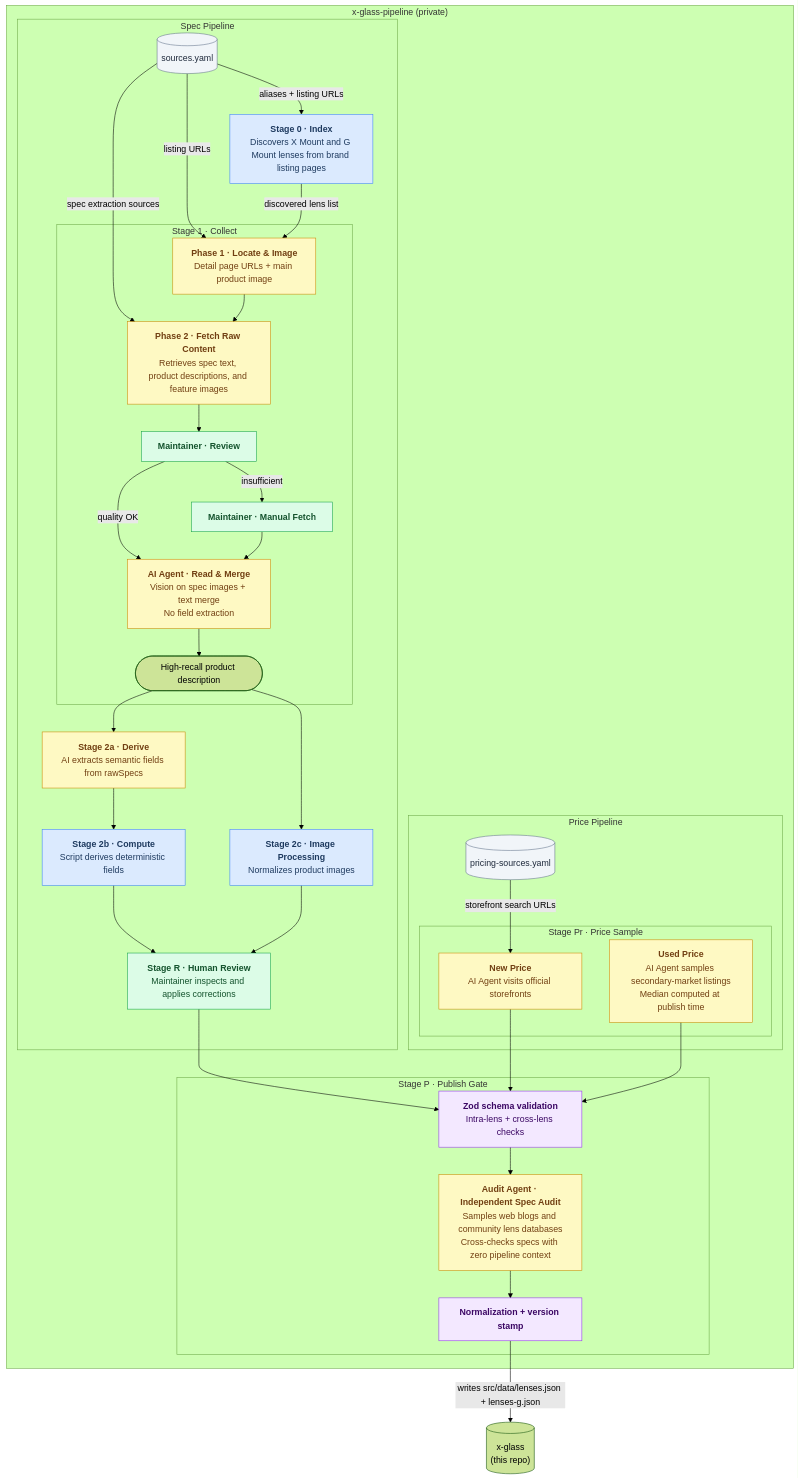
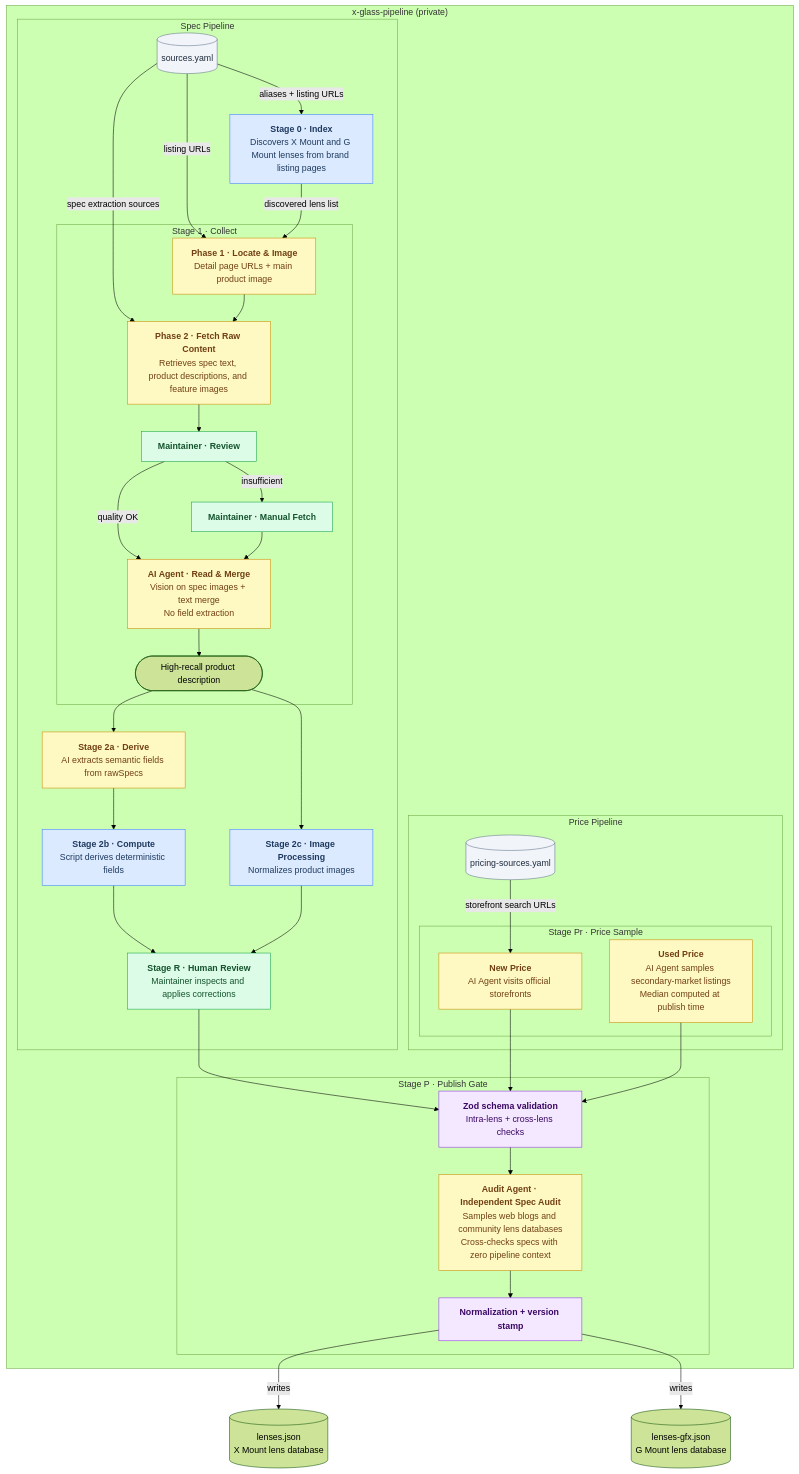
Before and after one commit to sentacraft/atlens: the diagram in README.md, drawn with Mermaid (forest theme). The commit also changed other lines of this file and 5 other files, not shown here.

Commit message:
refactor(data): rename lenses-g.json → lenses-gfx.json, split pipeline diagram nodes (#175)

````diff
--- a/README.md
+++ b/README.md
@@ -61,73 +61,74 @@
 ```mermaid
 flowchart TD
   subgraph pipeline["x-glass-pipeline (private)"]
 
     subgraph spec["Spec Pipeline"]
       SOURCES[("sources.yaml")]
 
       S0["<b>Stage 0 · Index</b><br/>Discovers X Mount and G Mount lenses from brand listing pages"]
 
       subgraph s1["Stage 1 · Collect"]
         S1p1["<b>Phase 1 · Locate & Image</b><br/>Detail page URLs + main product image"]
         S1p2["<b>Phase 2 · Fetch Raw Content</b><br/>Retrieves spec text, product descriptions, and feature images"]
         S1r["<b>Maintainer · Review</b>"]
         S1h["<b>Maintainer · Manual Fetch</b>"]
         S1b["<b>AI Agent · Read & Merge</b><br/>Vision on spec images + text merge<br/>No field extraction"]
         S1out(["High-recall product description"])
       end
 
       S2a["<b>Stage 2a · Derive</b><br/>AI extracts semantic fields from rawSpecs"]
       S2b["<b>Stage 2b · Compute</b><br/>Script derives deterministic fields"]
       S2c["<b>Stage 2c · Image Processing</b><br/>Normalizes product images"]
       SR["<b>Stage R · Human Review</b><br/>Maintainer inspects and applies corrections"]
     end
 
     subgraph price["Price Pipeline"]
       PRICING_SOURCES[("pricing-sources.yaml")]
 
       subgraph spr["Stage Pr · Price Sample"]
         SPrNew["<b>New Price</b><br/>AI Agent visits official storefronts"]
         SPrUsed["<b>Used Price</b><br/>AI Agent samples secondary-market listings<br/>Median computed at publish time"]
       end
     end
 
     subgraph sp["Stage P · Publish Gate"]
       SP1["<b>Zod schema validation</b><br/>Intra-lens + cross-lens checks"]
       SP_AUDIT["<b>Audit Agent · Independent Spec Audit</b><br/>Samples web blogs and community lens databases<br/>Cross-checks specs with zero pipeline context"]
       SP2["<b>Normalization + version stamp</b>"]
     end
   end
 
   SOURCES -->|"aliases + listing URLs"| S0
   SOURCES -->|"listing URLs"| S1p1
   SOURCES -->|"spec extraction sources"| S1p2
   S0 -->|"discovered lens list"| S1p1
   S1p1 --> S1p2
   S1p2 --> S1r
   S1r -->|"quality OK"| S1b
   S1r -->|"insufficient"| S1h
   S1h --> S1b
   S1b --> S1out
   S1out --> S2a & S2c
   S2a --> S2b
   S2b & S2c --> SR
   SR --> SP1
   PRICING_SOURCES -->|"storefront search URLs"| SPrNew
   SPrUsed
   SPrNew & SPrUsed --> SP1
   SP1 --> SP_AUDIT
   SP_AUDIT --> SP2
-  SP2 -->|"writes src/data/lenses.json + lenses-g.json"| DB[("x-glass<br/>(this repo)")]
+  SP2 -->|"writes"| DBX[("lenses.json<br/>X Mount lens database")]
+  SP2 -->|"writes"| DBG[("lenses-gfx.json<br/>G Mount lens database")]
 
   classDef script fill:#dbeafe,stroke:#3b82f6,color:#1e3a5f
   classDef agent fill:#fef9c3,stroke:#ca8a04,color:#713f12
   classDef human fill:#dcfce7,stroke:#16a34a,color:#14532d
   classDef gate fill:#f3e8ff,stroke:#9333ea,color:#3b0764
   classDef config fill:#f1f5f9,stroke:#64748b,color:#1e293b
 
   class S0,S2b,S2c script
   class S1p1,S1p2,S1b,S2a,SPrNew,SPrUsed,SP_AUDIT agent
   class S1r,S1h,SR human
   class SP1,SP2 gate
   class SOURCES,PRICING_SOURCES config
 ```
````
